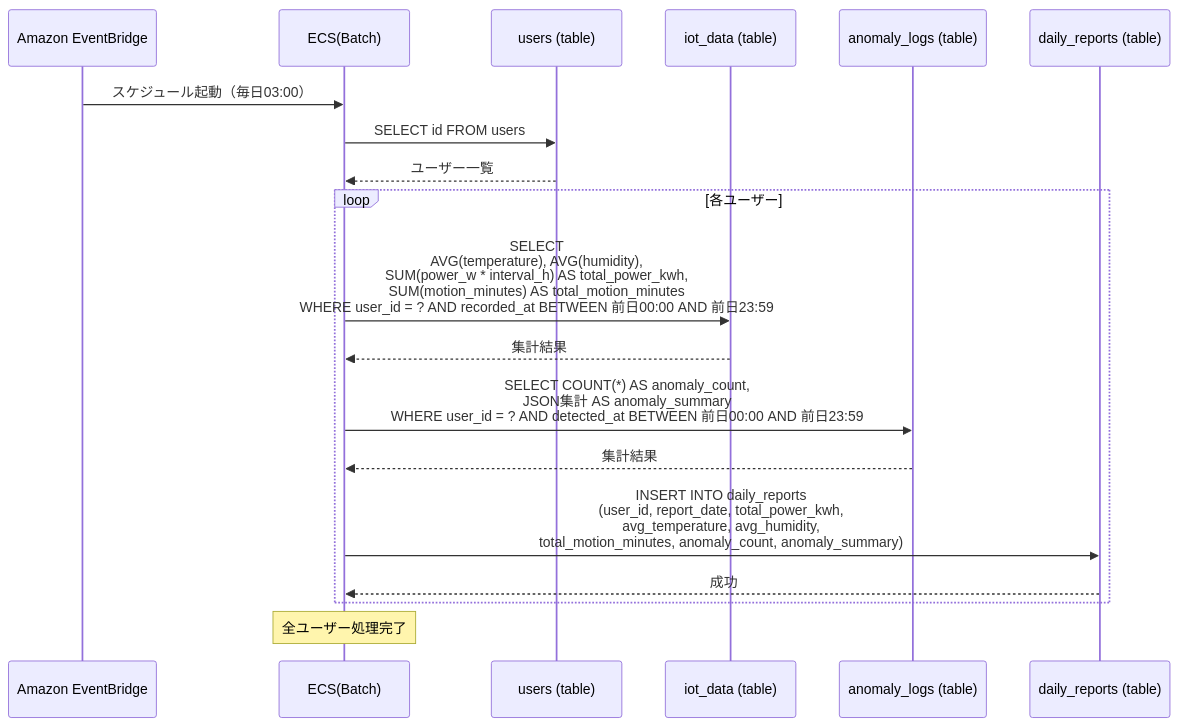
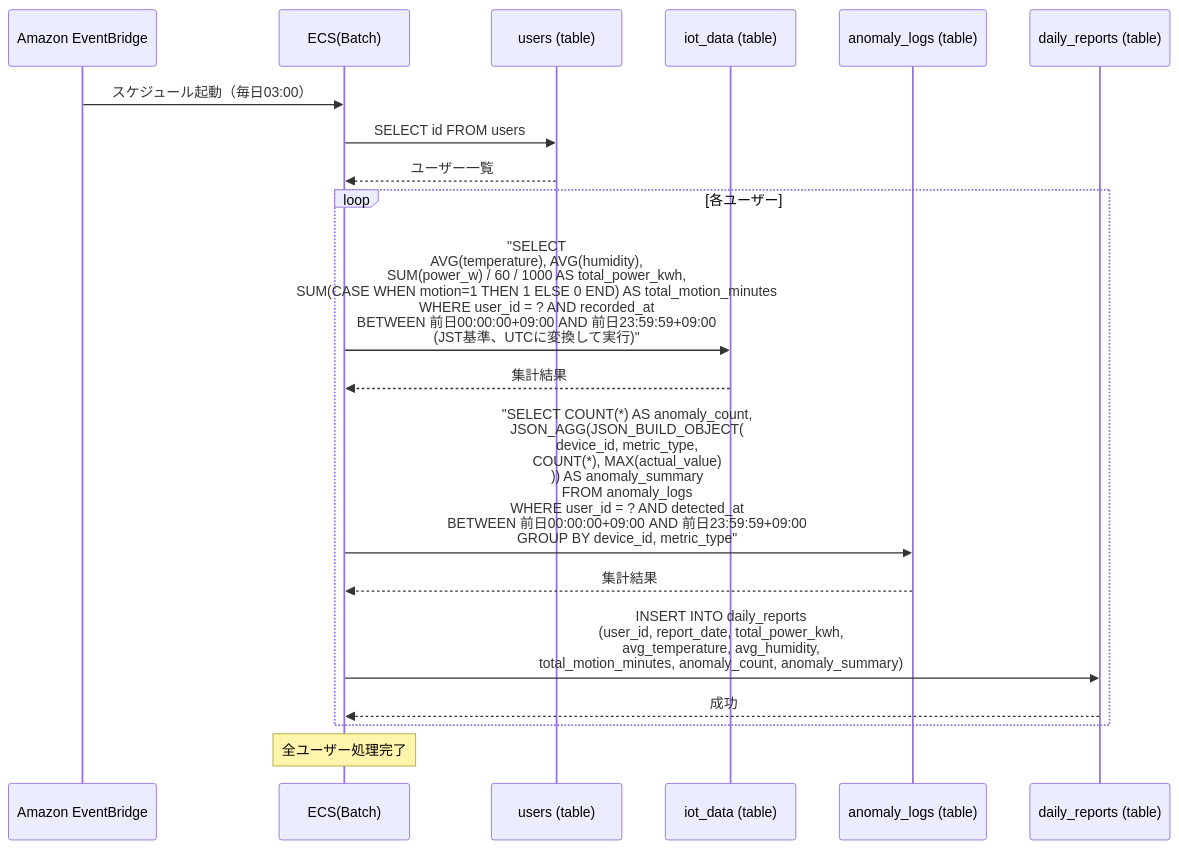
The first of 4 diagrams in basic_design/sequence/日次レポート生成.md (riaton/home-smart-factory), drawn with Mermaid before and after one commit. The commit also changed other lines of this file and 7 other files, not shown here.

````diff
--- a/basic_design/sequence/日次レポート生成.md
+++ b/basic_design/sequence/日次レポート生成.md
@@ -14,27 +14,27 @@
 ```mermaid
 sequenceDiagram
     participant EB as Amazon EventBridge
     participant Batch as ECS(Batch)
     participant Users as users (table)
     participant IoT as iot_data (table)
     participant Anomaly as anomaly_logs (table)
     participant Reports as daily_reports (table)
 
     EB->>Batch: スケジュール起動（毎日03:00）
 
     Batch->>Users: SELECT id FROM users
     Users-->>Batch: ユーザー一覧
 
     loop 各ユーザー
-        Batch->>IoT: SELECT<br/>AVG(temperature), AVG(humidity),<br/>SUM(power_w * interval_h) AS total_power_kwh,<br/>SUM(motion_minutes) AS total_motion_minutes<br/>WHERE user_id = ? AND recorded_at BETWEEN 前日00:00 AND 前日23:59
+        Batch->>IoT: "SELECT<br/>AVG(temperature), AVG(humidity),<br/>SUM(power_w) / 60 / 1000 AS total_power_kwh,<br/>SUM(CASE WHEN motion=1 THEN 1 ELSE 0 END) AS total_motion_minutes<br/>WHERE user_id = ? AND recorded_at<br/>BETWEEN 前日00:00:00+09:00 AND 前日23:59:59+09:00<br/>(JST基準、UTCに変換して実行)"
         IoT-->>Batch: 集計結果
 
-        Batch->>Anomaly: SELECT COUNT(*) AS anomaly_count,<br/>JSON集計 AS anomaly_summary<br/>WHERE user_id = ? AND detected_at BETWEEN 前日00:00 AND 前日23:59
+        Batch->>Anomaly: "SELECT COUNT(*) AS anomaly_count,<br/>JSON_AGG(JSON_BUILD_OBJECT(<br/>  device_id, metric_type,<br/>  COUNT(*), MAX(actual_value)<br/>)) AS anomaly_summary<br/>FROM anomaly_logs<br/>WHERE user_id = ? AND detected_at<br/>BETWEEN 前日00:00:00+09:00 AND 前日23:59:59+09:00<br/>GROUP BY device_id, metric_type"
         Anomaly-->>Batch: 集計結果
 
         Batch->>Reports: INSERT INTO daily_reports<br/>(user_id, report_date, total_power_kwh,<br/>avg_temperature, avg_humidity,<br/>total_motion_minutes, anomaly_count, anomaly_summary)
         Reports-->>Batch: 成功
     end
 
     Note over Batch: 全ユーザー処理完了
 ```
````
